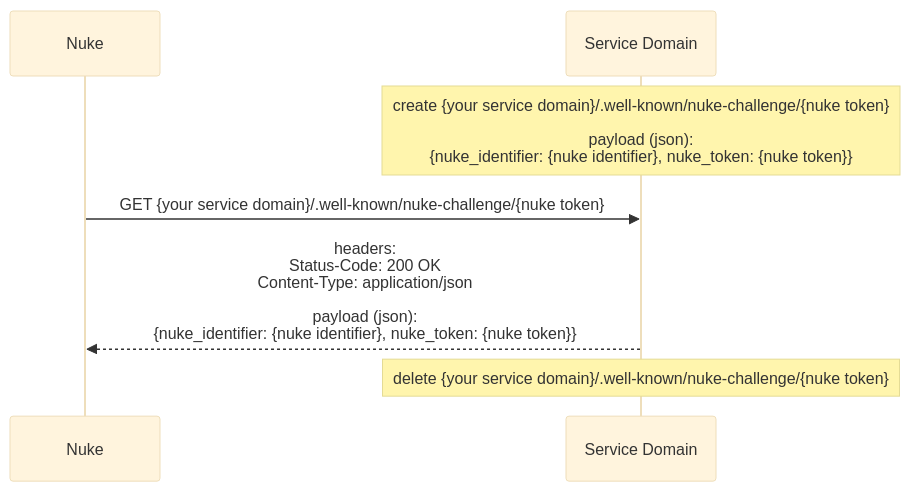
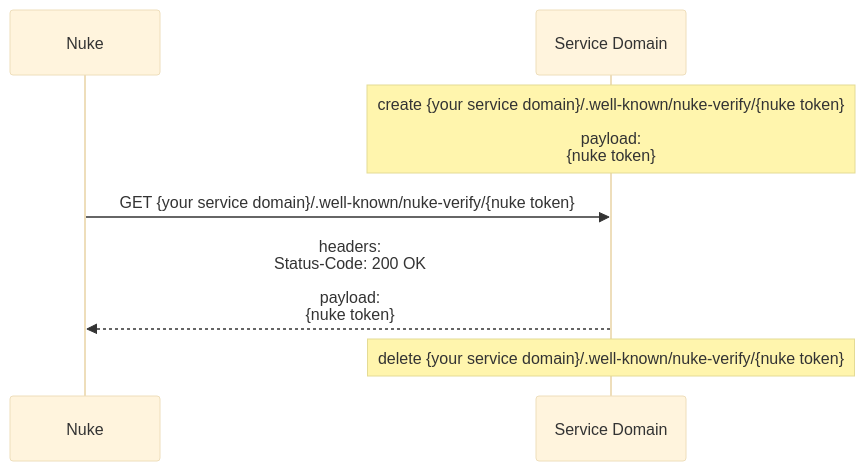
One commit to nukefromorbit/nuke-php changed the first of 5 diagrams in README.md. Above: the diagram before and after it, drawn with Mermaid (base theme). The commit also changed other lines of this file, not shown here.

Commit message:
feat(nuke): service implementation

````diff
--- a/README.md
+++ b/README.md
@@ -5,13 +5,13 @@
-```mermaid
-sequenceDiagram
-    participant nuke as Nuke
-    participant service as Service Domain
-
-    note over service: create {your service domain}/.well-known/nuke-challenge/{nuke token}<br><br>payload (json):<br>{nuke_identifier: {nuke identifier}, nuke_token: {nuke token}}
-
-    nuke ->> service: GET {your service domain}/.well-known/nuke-challenge/{nuke token}
-
-    service -->> nuke: headers:<br>Status-Code: 200 OK<br>Content-Type: application/json<br><br>payload (json):<br>{nuke_identifier: {nuke identifier}, nuke_token: {nuke token}}
-
-    note over service: delete {your service domain}/.well-known/nuke-challenge/{nuke token}
-```
+    ```mermaid
+    sequenceDiagram
+        participant nuke as Nuke
+        participant service as Service Domain
+    
+        note over service: create {your service domain}/.well-known/nuke-verify/{nuke token}<br><br>payload:<br>{nuke token}
+    
+        nuke ->> service: GET {your service domain}/.well-known/nuke-verify/{nuke token}
+    
+        service -->> nuke: headers:<br>Status-Code: 200 OK<br><br>payload:<br>{nuke token}
+    
+        note over service: delete {your service domain}/.well-known/nuke-verify/{nuke token}
+    ```
````
